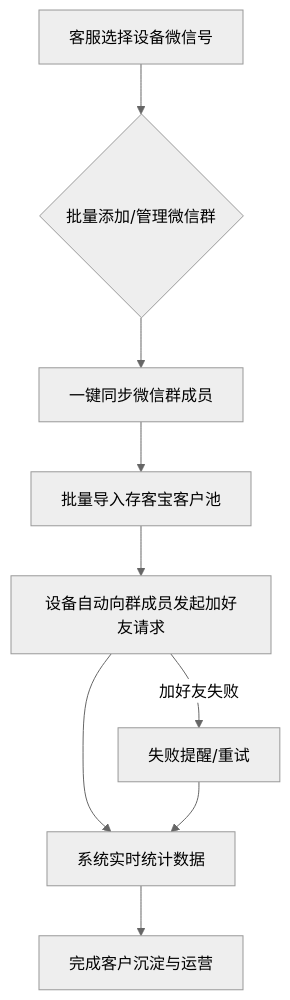
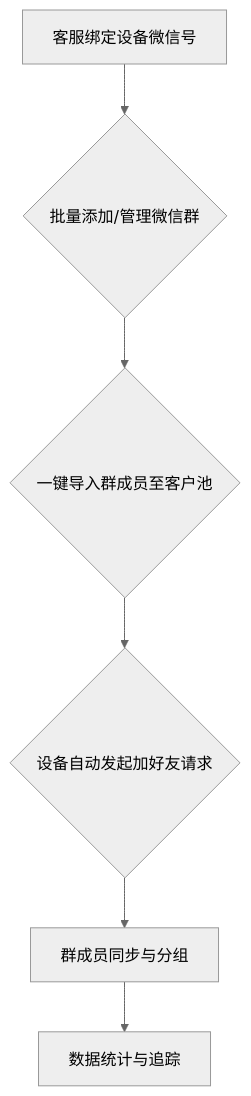
The diagram in 4、前端/前端-场景获客-微信群获客功能.md (fnvtk/cunkebao_doc), drawn with Mermaid (neutral theme) before and after one commit. The commit also changed other lines of this file and 38 other files, not shown here.

Commit message:
feat: Add flowcharts and UI references to all frontend documentation

````diff
--- a/4、前端/前端-场景获客-微信群获客功能.md
+++ b/4、前端/前端-场景获客-微信群获客功能.md
@@ -8,11 +10,8 @@
 ```mermaid
 graph TD
-    A[客服选择设备微信号] --> B{批量添加/管理微信群};
-    B --> C[一键同步微信群成员];
-    C --> D[批量导入存客宝客户池];
-    D --> E[设备自动向群成员发起加好友请求];
-    E --> F[系统实时统计数据];
-    F --> G[完成客户沉淀与运营];
-    E -- 加好友失败 --> H[失败提醒/重试];
-    H --> F;
+    A[客服绑定设备微信号] --> B{批量添加/管理微信群};
+    B --> C{一键导入群成员至客户池};
+    C --> D{设备自动发起加好友请求};
+    D --> E[群成员同步与分组];
+    E --> F[数据统计与追踪];
 ```
````
